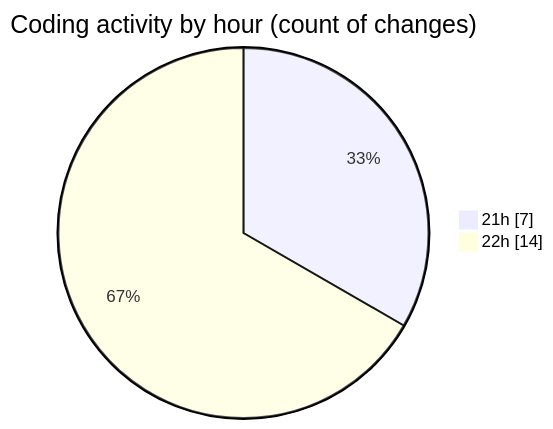
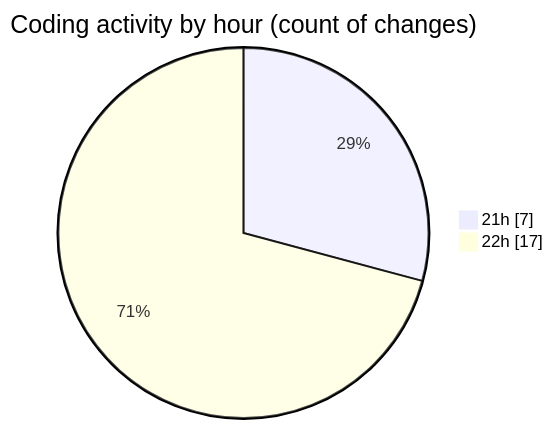
One commit to lephambinh05/code-tracking changed the second of 2 diagrams in 2025-08-16/studybuddy/README.md. Above: the diagram before and after it, drawn with Mermaid. The commit also changed other lines of this file and 1 other file, not shown here.

````diff
--- a/2025-08-16/studybuddy/README.md
+++ b/2025-08-16/studybuddy/README.md
@@ -34,6 +34,6 @@
 ```mermaid
 pie showData
 title Coding activity by hour (count of changes)
 "21h" : 7
-"22h" : 14
+"22h" : 17
 ```
````
